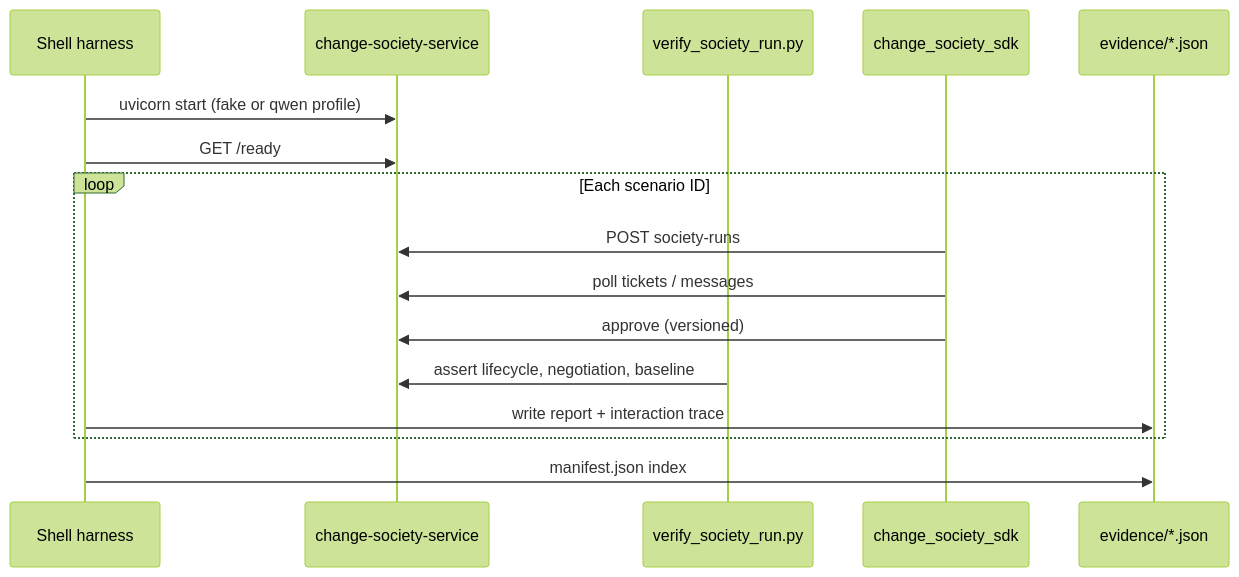
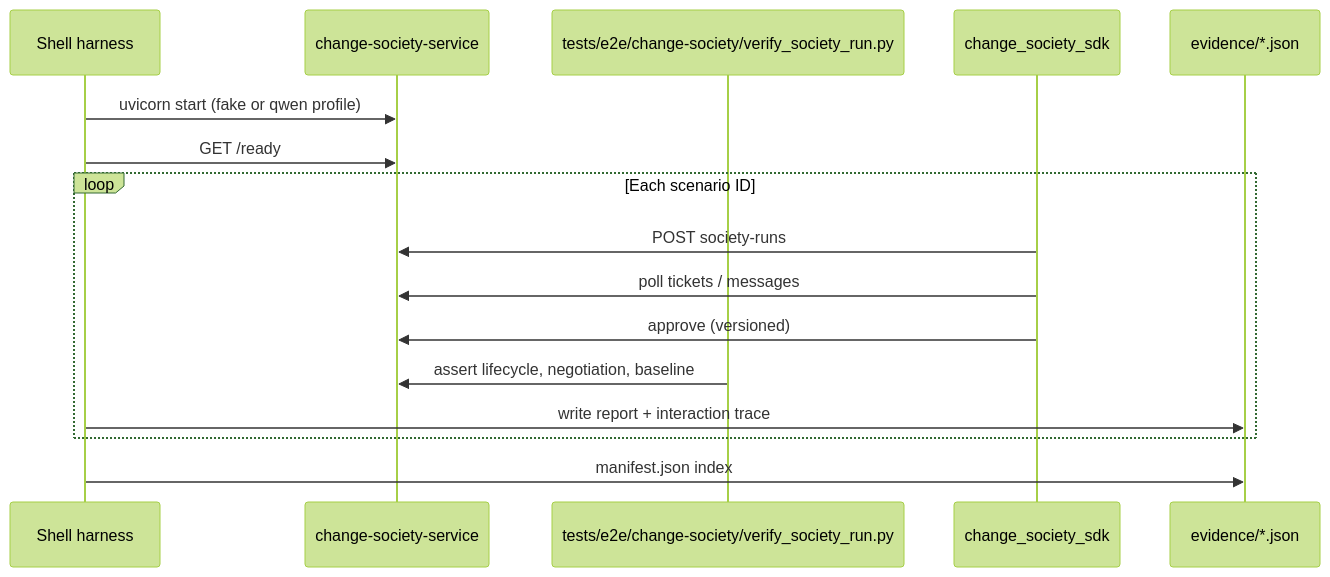
One commit to Sepideh-Asadollahi/AgentCore-Hackathon changed the second of 7 diagrams in docs/27-judge-live-and-real-test-evidence.md. Above: the diagram before and after it, drawn with Mermaid (forest theme). The commit also changed other lines of this file and 60 other files, not shown here.

````diff
--- a/docs/27-judge-live-and-real-test-evidence.md
+++ b/docs/27-judge-live-and-real-test-evidence.md
@@ -57,19 +57,19 @@
 ```mermaid
 sequenceDiagram
   participant SH as Shell harness
   participant API as change-society-service
-  participant V as verify_society_run.py
+  participant V as tests/e2e/change-society/verify_society_run.py
   participant SDK as change_society_sdk
   participant EV as evidence/*.json
 
   SH->>API: uvicorn start (fake or qwen profile)
   SH->>API: GET /ready
   loop Each scenario ID
     SDK->>API: POST society-runs
     SDK->>API: poll tickets / messages
     SDK->>API: approve (versioned)
     V->>API: assert lifecycle, negotiation, baseline
     SH->>EV: write report + interaction trace
   end
   SH->>EV: manifest.json index
 ```
````
